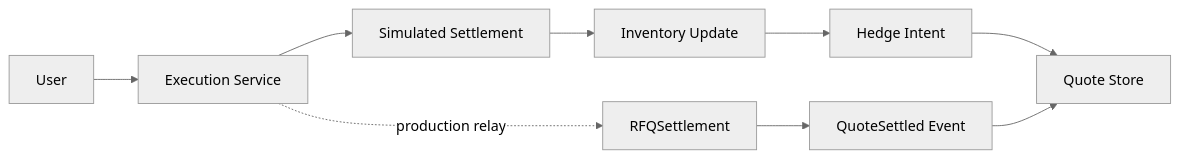
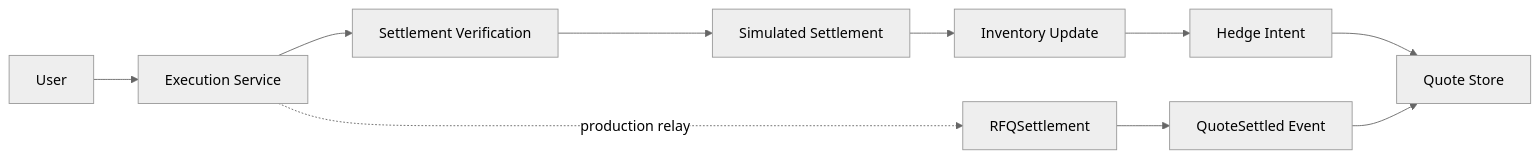
The first of 3 diagrams in book/Volume5-BackendEngineering/Chapter06-Execution-Service.md (alvis-ai/production-grade-web3-rfq-market-maker), drawn with Mermaid (neutral theme) before and after one commit. The commit also changed other lines of this file and 8 other files, not shown here.

Commit message:
feat: verify settlement before execution

````diff
--- a/book/Volume5-BackendEngineering/Chapter06-Execution-Service.md
+++ b/book/Volume5-BackendEngineering/Chapter06-Execution-Service.md
@@ -50,20 +50,22 @@
 ```mermaid
 flowchart LR
   User[User]
   Submit[Execution Service]
+  Verify[Settlement Verification]
   Settlement[Simulated Settlement]
   Inventory[Inventory Update]
   Hedge[Hedge Intent]
   Chain[RFQSettlement]
   Event[QuoteSettled Event]
   Store[Quote Store]
 
   User --> Submit
-  Submit --> Settlement
+  Submit --> Verify
+  Verify --> Settlement
   Settlement --> Inventory
   Inventory --> Hedge
   Hedge --> Store
   Submit -. production relay .-> Chain
   Chain --> Event
   Event --> Store
 ```
````
